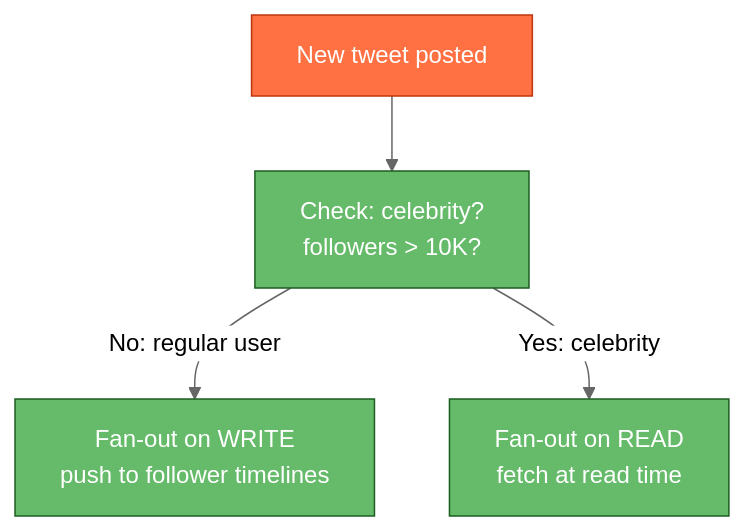
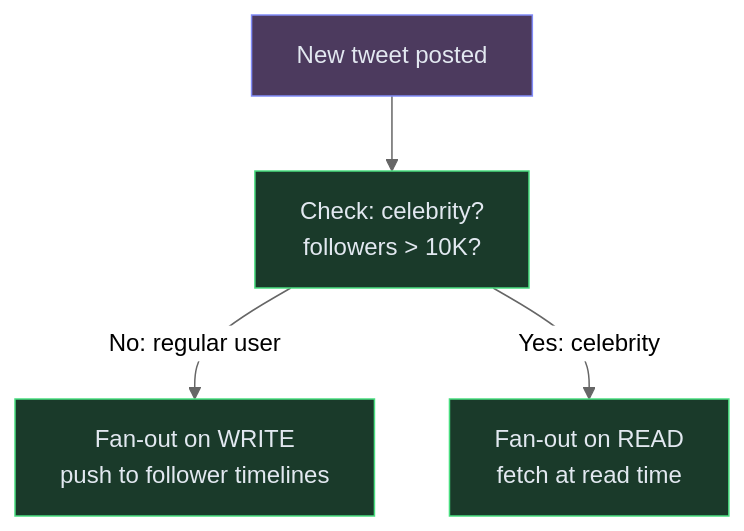
The fifth of 10 diagrams in content/hld/TwitterFeed.md (iluzn/HLD-Designs), drawn with Mermaid (neutral theme) before and after one commit. The commit also changed other lines of this file and 11 other files, not shown here.

Commit message:
Fix: softer mermaid colors, theme toggle always visible on mobile, consistent across all pages

````diff
--- a/content/hld/TwitterFeed.md
+++ b/content/hld/TwitterFeed.md
@@ -154,14 +154,14 @@
 ```mermaid
 flowchart TD
     TWEET["New tweet posted"]:::client
     CHECK["Check: celebrity?<br/>followers > 10K?"]:::service
     PUSH["Fan-out on WRITE<br/>push to follower timelines"]:::service
     PULL["Fan-out on READ<br/>fetch at read time"]:::service
 
     TWEET --> CHECK
     CHECK -->|"No: regular user"| PUSH
     CHECK -->|"Yes: celebrity"| PULL
 
-    classDef client fill:#FF7043,stroke:#BF360C,color:#fff
-    classDef service fill:#66BB6A,stroke:#1B5E20,color:#fff
+    classDef client fill:#4c3a5e,stroke:#818cf8,color:#e2e8f0
+    classDef service fill:#1a3a2a,stroke:#4ade80,color:#e2e8f0
 ```
````
